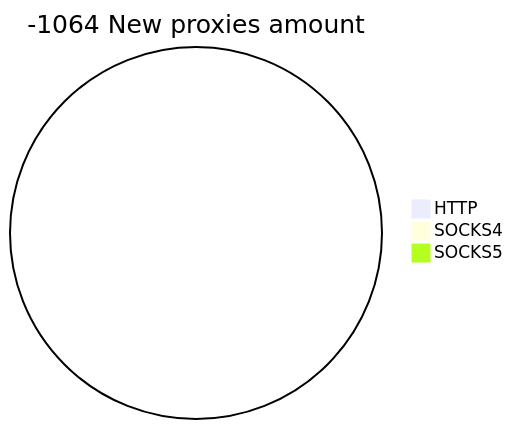
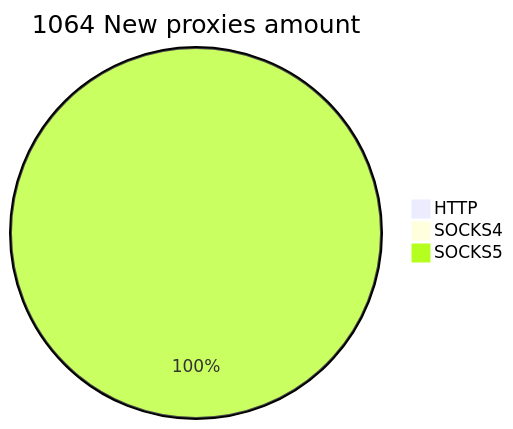
One commit to cutipu/proxylist changed the second of 2 diagrams in README.md. Above: the diagram before and after it, drawn with Mermaid. The commit also changed other lines of this file, not shown here.

````diff
--- a/README.md
+++ b/README.md
@@ -10,6 +10,6 @@
 ```mermaid
-pie title -1064 New proxies amount
+pie title 1064 New proxies amount
     "HTTP" : 0
     "SOCKS4" : 0
-    "SOCKS5" : 0
+    "SOCKS5" : 1064
 ```
````
